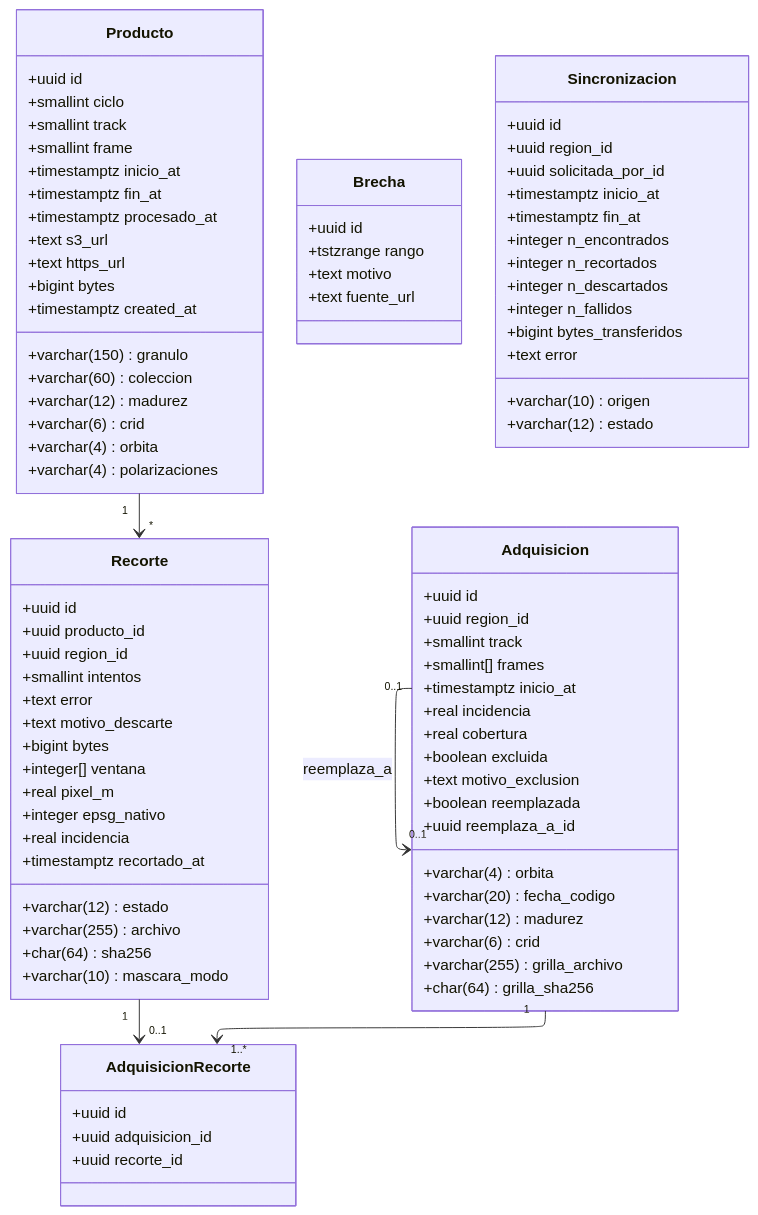
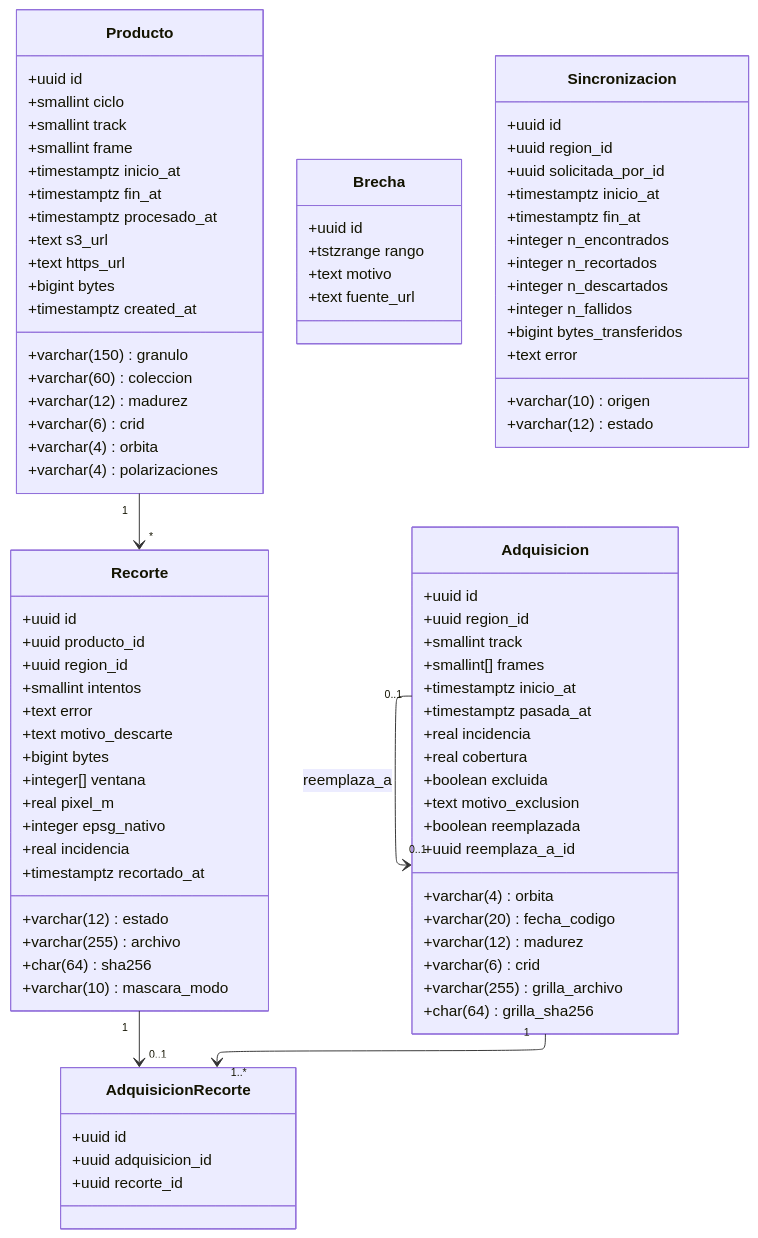
Before and after one commit to Al-Infinito-y-Masaya/api: the diagram in docs/dominio/modulos/adquisiciones.md, drawn with Mermaid. The commit also changed other lines of this file and 11 other files, not shown here.

```diff
--- a/docs/dominio/modulos/adquisiciones.md
+++ b/docs/dominio/modulos/adquisiciones.md
@@ -79,6 +79,7 @@
         +varchar(4) orbita
         +smallint[] frames
         +timestamptz inicio_at
+        +timestamptz pasada_at
         +varchar(20) fecha_codigo
         +varchar(12) madurez
         +varchar(6) crid
```
